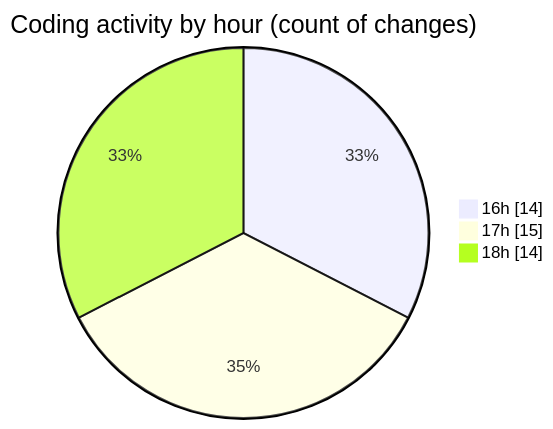
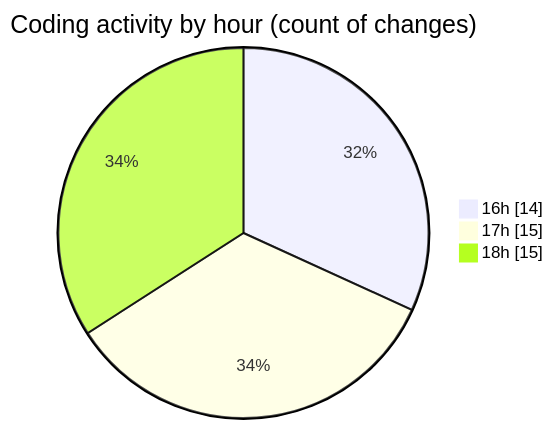
One commit to Elitesun/code-tracking changed the second of 2 diagrams in 2025-01-31/flask/README.md. Above: the diagram before and after it, drawn with Mermaid. The commit also changed other lines of this file and 1 other file, not shown here.

````diff
--- a/2025-01-31/flask/README.md
+++ b/2025-01-31/flask/README.md
@@ -35,7 +35,7 @@
 ```mermaid
 pie showData
 title Coding activity by hour (count of changes)
 "16h" : 14
 "17h" : 15
-"18h" : 14
+"18h" : 15
 ```
````
